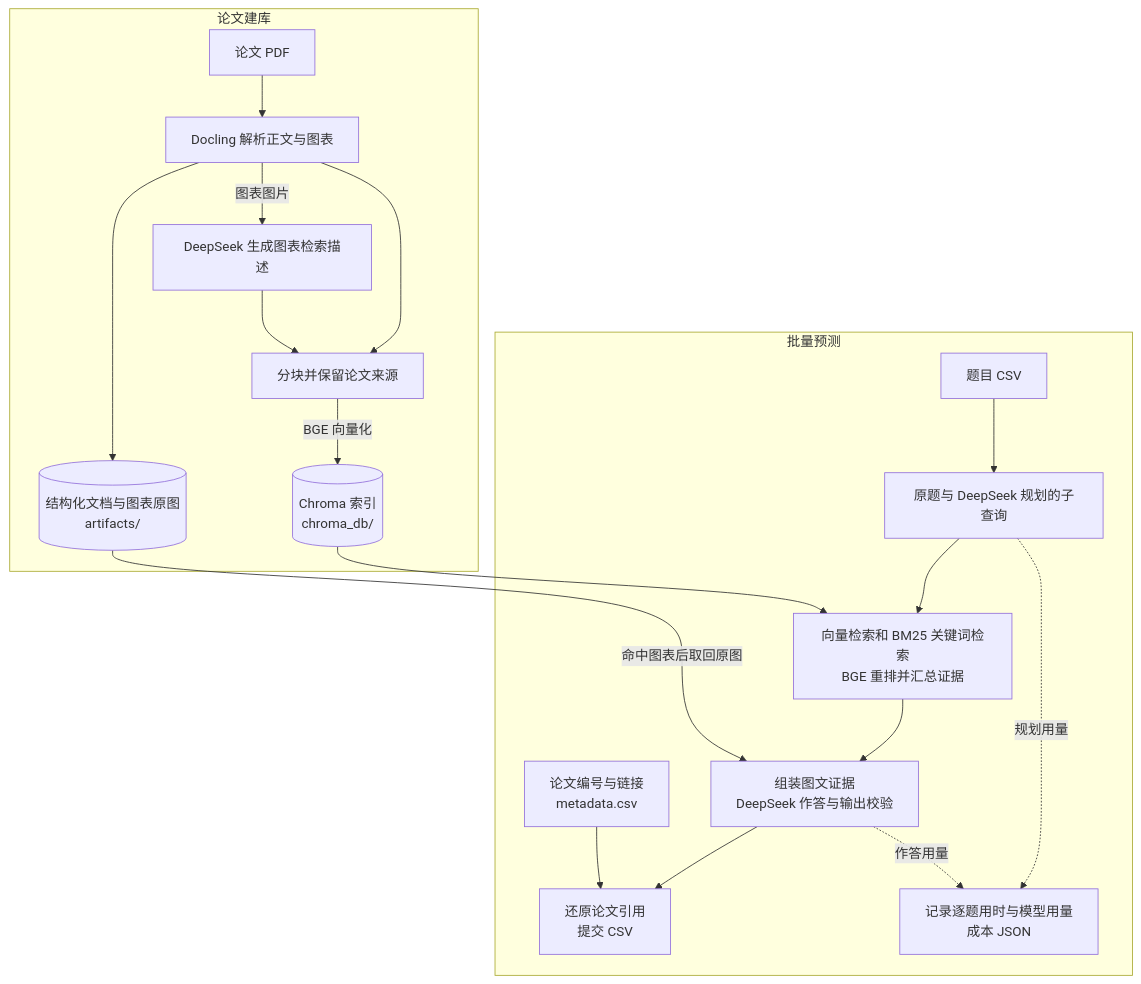
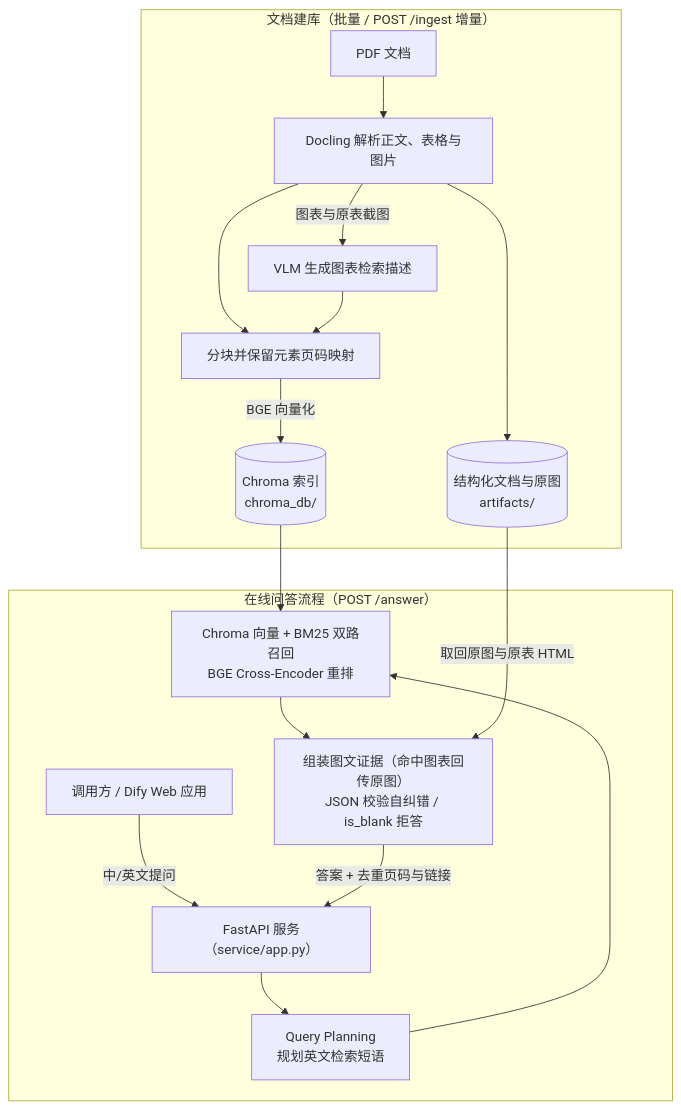
The diagram in README.md (DeianHsu/kaggle-WattBot-2026), drawn with Mermaid before and after one commit. The commit also changed other lines of this file and 2 other files, not shown here.

First line of the commit message:
docs(readme): 更新项目说明并补充 API 可选依赖配置

````diff
--- a/README.md
+++ b/README.md
@@ -8,35 +14,21 @@
 ```mermaid
 flowchart TB
-    subgraph indexing["论文建库"]
-        papers["论文 PDF"]
-        parse["Docling 解析正文与图表"]
-        descriptions["DeepSeek 生成图表检索描述"]
-        chunks["分块并保留论文来源"]
-        index[("Chroma 索引<br/>chroma_db/")]
-        artifacts[("结构化文档与图表原图<br/>artifacts/")]
-
-        papers --> parse
-        parse --> chunks
-        parse -->|图表图片| descriptions --> chunks
-        parse --> artifacts
-        chunks -->|BGE 向量化| index
+    subgraph ingest["文档建库（批量 / POST /ingest 增量）"]
+        PDF["PDF 文档"] --> Parse["Docling 解析正文、表格与图片"]
+        Parse --> Chunks["分块并保留元素页码映射"]
+        Parse -->|"图表与原表截图"| VLM["VLM 生成图表检索描述"] --> Chunks
+        Parse --> Artifacts[("结构化文档与原图<br/>artifacts/")]
+        Chunks -->|"BGE 向量化"| Chroma[("Chroma 索引<br/>chroma_db/")]
     end
 
-    subgraph prediction["批量预测"]
-        questions["题目 CSV"]
-        queries["原题与 DeepSeek 规划的子查询"]
-        retrieval["向量检索和 BM25 关键词检索<br/>BGE 重排并汇总证据"]
-        answer["组装图文证据<br/>DeepSeek 作答与输出校验"]
-        metadata["论文编号与链接<br/>metadata.csv"]
-        submission["还原论文引用<br/>提交 CSV"]
-        cost["记录逐题用时与模型用量<br/>成本 JSON"]
-
-        questions --> queries --> retrieval --> answer --> submission
-        metadata --> submission
-        queries -.->|规划用量| cost
-        answer -.->|作答用量| cost
+    subgraph qa["在线问答流程（POST /answer）"]
+        Client["调用方 / Dify Web 应用"] -->|"中/英文提问"| API["FastAPI 服务（service/app.py）"]
+        API --> Planner["Query Planning<br/>规划英文检索短语"]
+        Planner --> Retrieve["Chroma 向量 + BM25 双路召回<br/>BGE Cross-Encoder 重排"]
+        Retrieve --> Generate["组装图文证据（命中图表回传原图）<br/>JSON 校验自纠错 / is_blank 拒答"]
+        Generate -->|"答案 + 去重页码与链接"| API
     end
 
-    index --> retrieval
-    artifacts -->|命中图表后取回原图| answer
+    Chroma --> Retrieve
+    Artifacts -->|"取回原图与原表 HTML"| Generate
 ```
````
